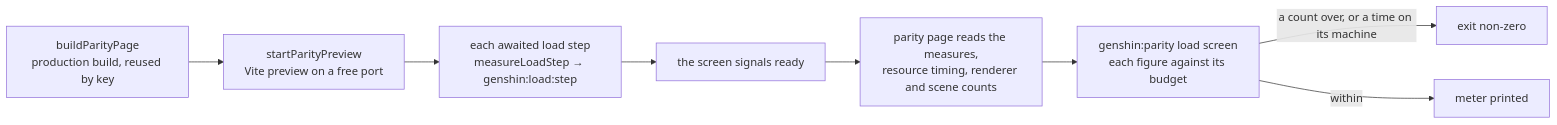
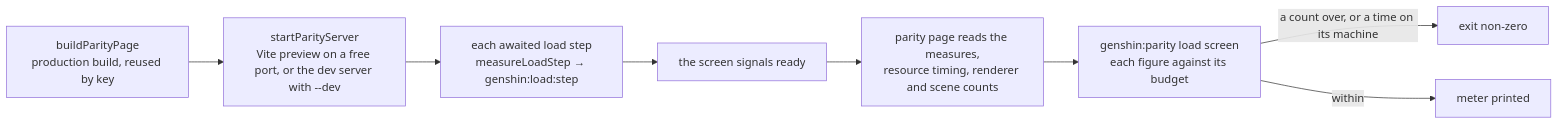
One commit to Esposter/Esposter changed the diagram in apps/web/content/docs/genshin/load-budget.md. Above: the diagram before and after it, drawn with Mermaid. The commit also changed other lines of this file, not shown here.

First line of the commit message:
docs(genshin): the load budget's dev measure and bundled dev's measured result

````diff
--- a/apps/web/content/docs/genshin/load-budget.md
+++ b/apps/web/content/docs/genshin/load-budget.md
@@ -38,10 +39,10 @@
 ```mermaid
 flowchart LR
-  BUILD["buildParityPage<br/>production build, reused by key"] --> PREVIEW["startParityPreview<br/>Vite preview on a free port"]
+  BUILD["buildParityPage<br/>production build, reused by key"] --> PREVIEW["startParityServer<br/>Vite preview on a free port, or the dev server with --dev"]
   PREVIEW --> STEP["each awaited load step<br/>measureLoadStep → genshin:load:step"]
   STEP --> READY["the screen signals ready"]
   READY --> READ["parity page reads the measures,<br/>resource timing, renderer and scene counts"]
   READ --> METER["genshin:parity load screen<br/>each figure against its budget"]
   METER -->|a count over, or a time on its machine| FAIL["exit non-zero"]
   METER -->|within| PASS["meter printed"]
 ```
````
